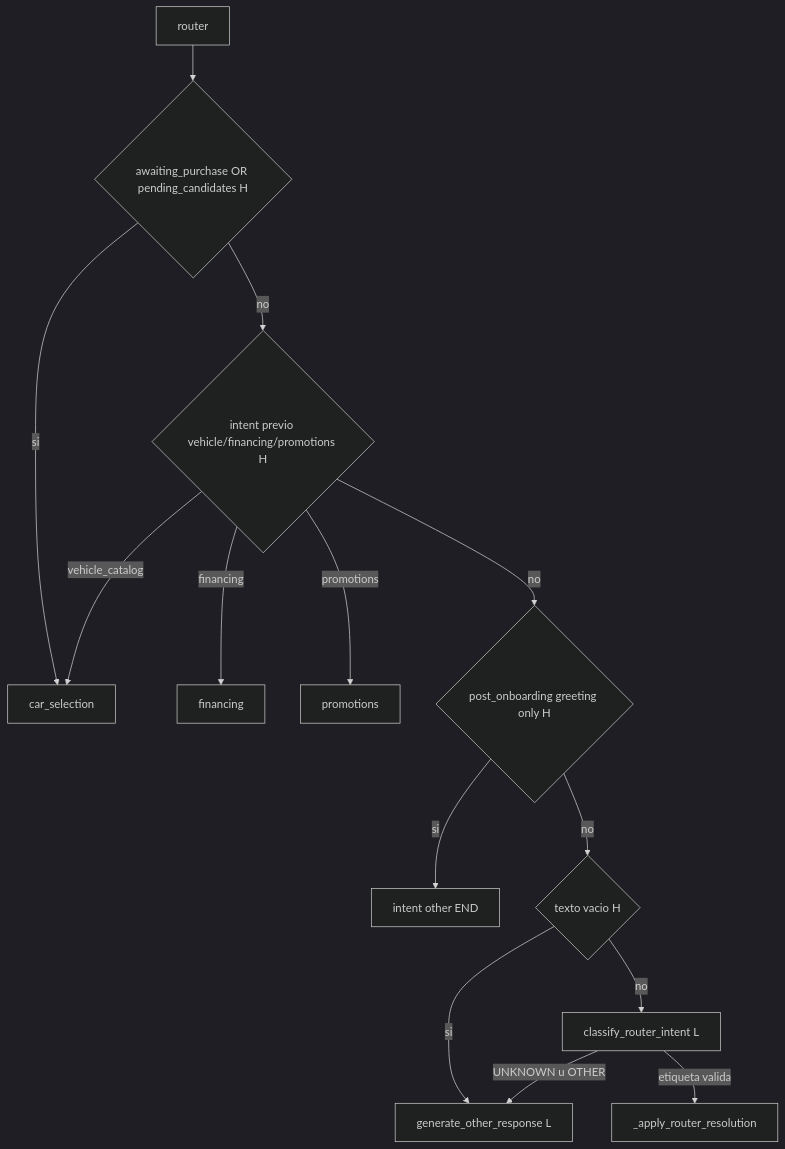
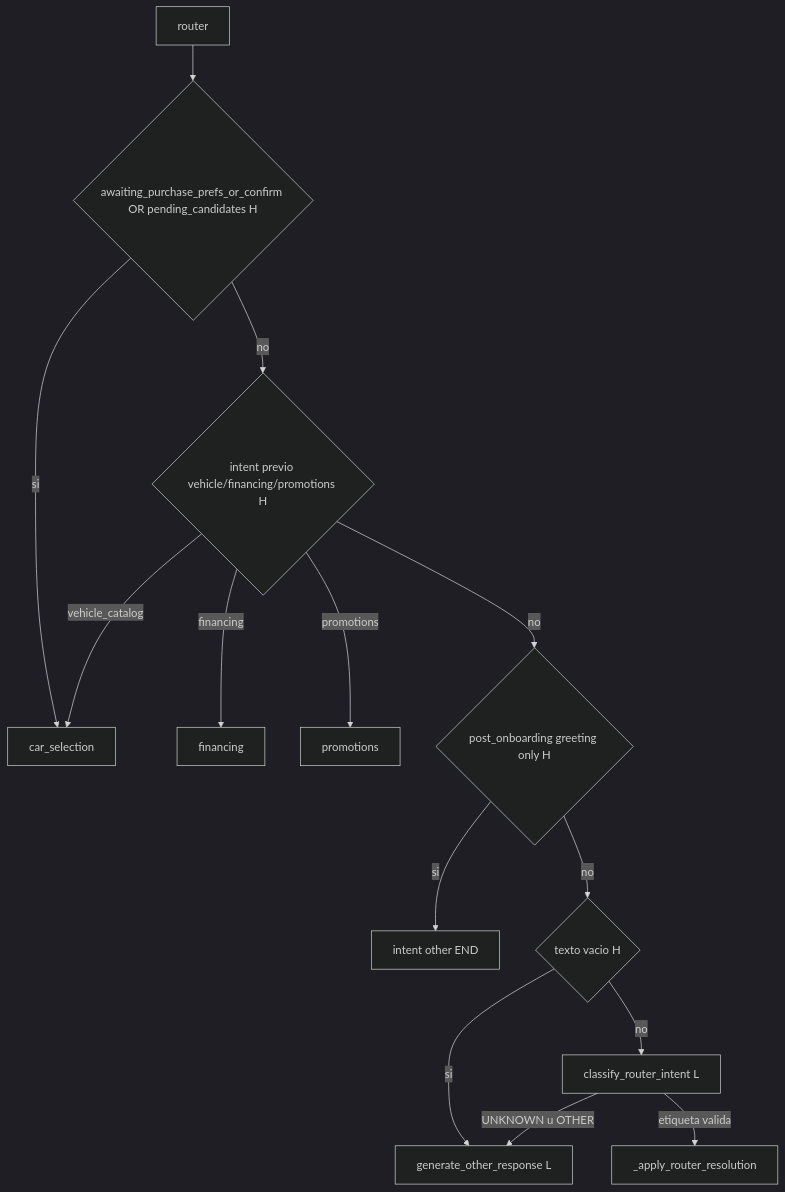
The fifth of 10 diagrams in bot/docs/flujo-completo.md (JoseManuelGdlO/car-advisor-bot), drawn with Mermaid (dark theme) before and after one commit. The commit also changed other lines of this file and 8 other files, not shown here.

First line of the commit message:
feat: enhance vehicle selection flow with purchase preferences and technical sheet handling

````diff
--- a/bot/docs/flujo-completo.md
+++ b/bot/docs/flujo-completo.md
@@ -187,16 +189,16 @@
 ```mermaid
 flowchart TD
-    entry[router] --> h1{awaiting_purchase OR pending_candidates H}
+    entry[router] --> h1{awaiting_purchase_prefs_or_confirm OR pending_candidates H}
     h1 -->|si| carSel[car_selection]
     h1 -->|no| h2{intent previo vehicle/financing/promotions H}
     h2 -->|vehicle_catalog| carSel
     h2 -->|financing| finNode[financing]
     h2 -->|promotions| promNode[promotions]
     h2 -->|no| h3{post_onboarding greeting only H}
     h3 -->|si| otherEarly[intent other END]
     h3 -->|no| h4{texto vacio H}
     h4 -->|si| otherLLM["generate_other_response L"]
     h4 -->|no| llm["classify_router_intent L"]
     llm -->|etiqueta valida| apply["_apply_router_resolution"]
     llm -->|UNKNOWN u OTHER| otherLLM
 ```
````
